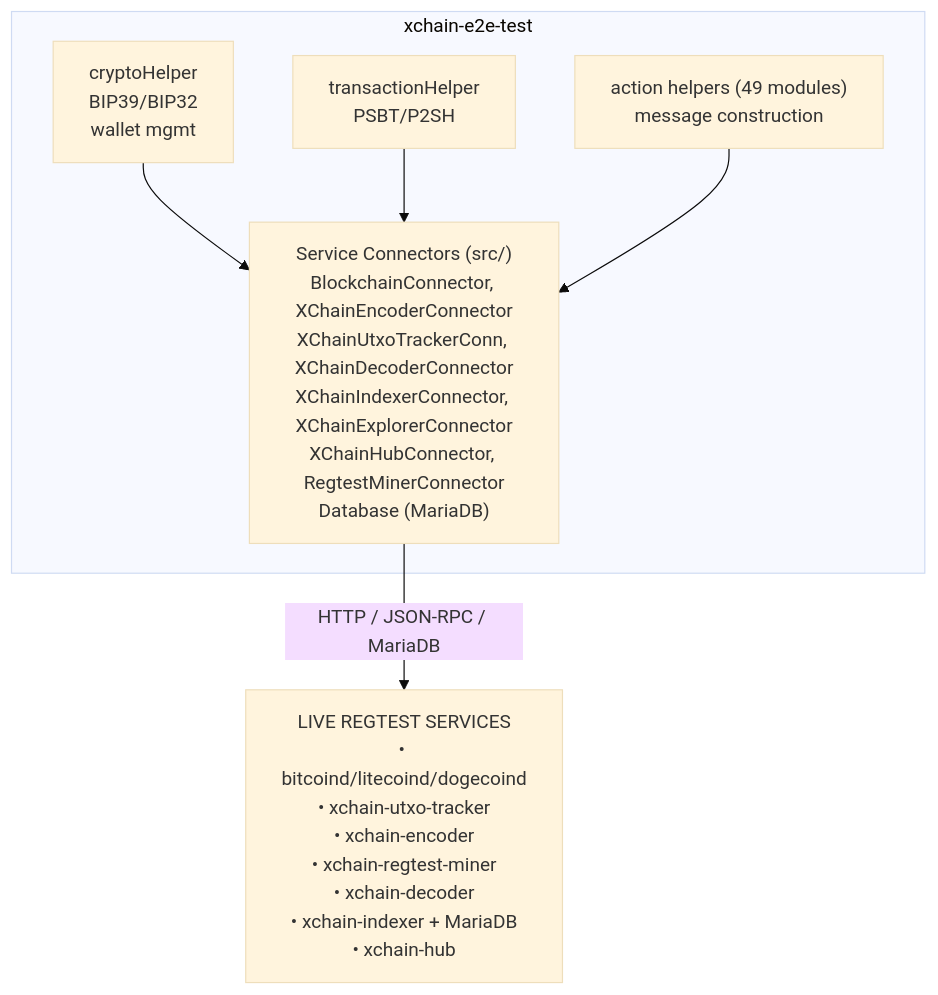
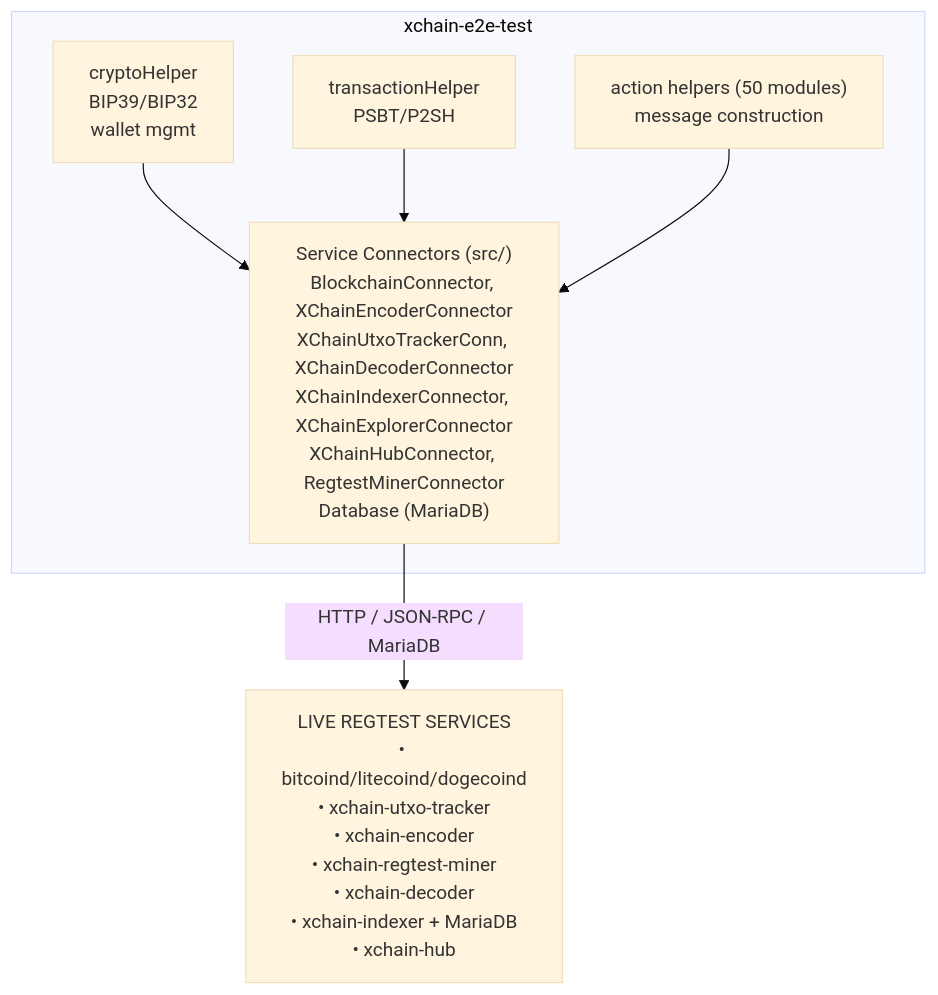
One commit to XChain-Platform/xchain-documentation changed the second of 2 diagrams in components/e2e-test/README.md. Above: the diagram before and after it, drawn with Mermaid (base theme). The commit also changed other lines of this file and 3 other files, not shown here.

````diff
--- a/components/e2e-test/README.md
+++ b/components/e2e-test/README.md
@@ -65,14 +65,14 @@
 ```mermaid
 flowchart TD
     subgraph E2E["xchain-e2e-test"]
         CH["cryptoHelper<br>BIP39/BIP32<br>wallet mgmt"]
         TH["transactionHelper<br>PSBT/P2SH"]
-        AH["action helpers (49 modules)<br>message construction"]
+        AH["action helpers (50 modules)<br>message construction"]
         SC["Service Connectors (src/)<br>BlockchainConnector, XChainEncoderConnector<br>XChainUtxoTrackerConn, XChainDecoderConnector<br>XChainIndexerConnector, XChainExplorerConnector<br>XChainHubConnector, RegtestMinerConnector<br>Database (MariaDB)"]
         CH --> SC
         TH --> SC
         AH --> SC
     end
     SVC["LIVE REGTEST SERVICES<br>• bitcoind/litecoind/dogecoind<br>• xchain-utxo-tracker<br>• xchain-encoder<br>• xchain-regtest-miner<br>• xchain-decoder<br>• xchain-indexer + MariaDB<br>• xchain-hub"]
     SC -->|HTTP / JSON-RPC / MariaDB| SVC
 ```
````
